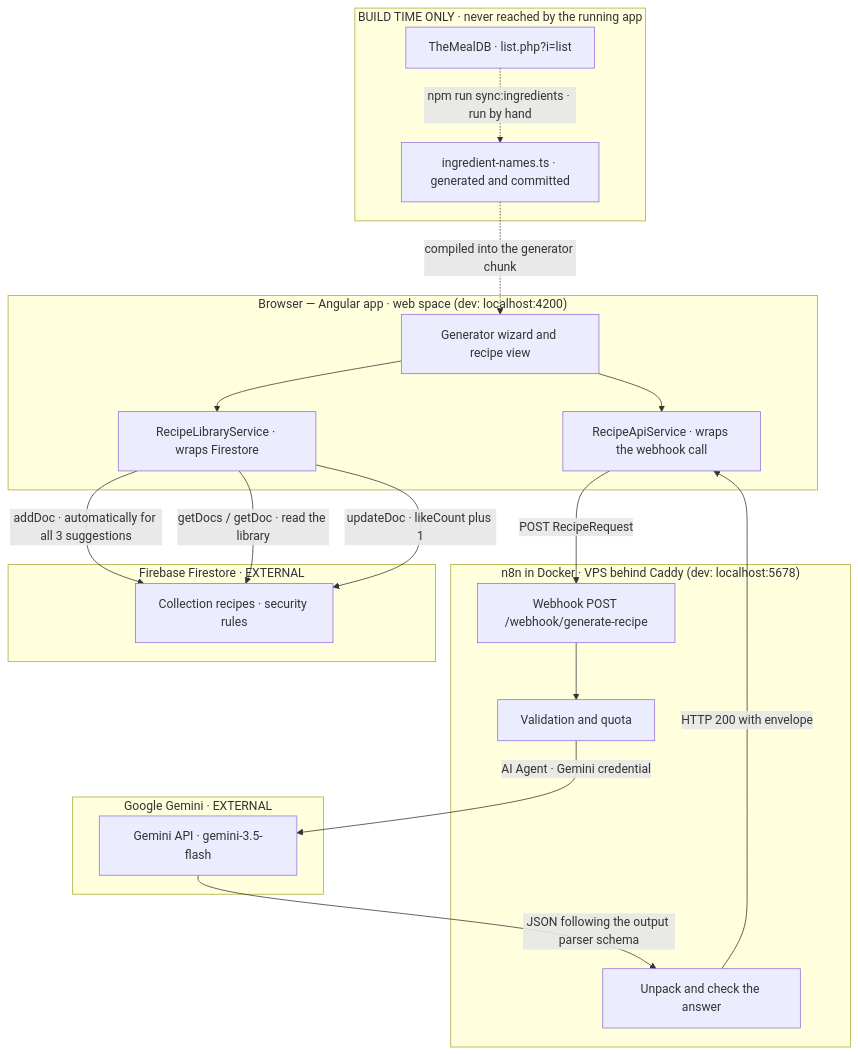
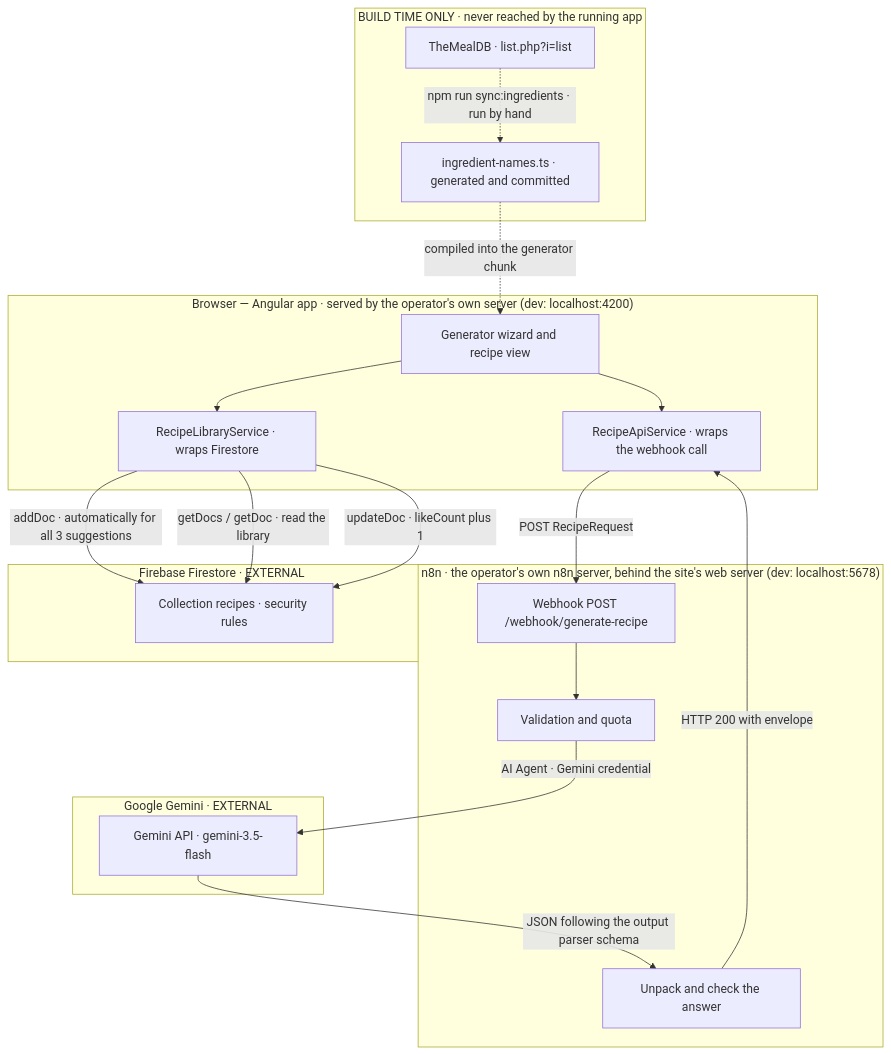
One commit to ttoebbe/code-a-cuisine changed the diagram in docs/architecture.md. Above: the diagram before and after it, drawn with Mermaid. The commit also changed other lines of this file and 11 other files, not shown here.

Commit message:
chore: serve site and webhook from own server

````diff
--- a/docs/architecture.md
+++ b/docs/architecture.md
@@ -10,43 +10,43 @@
 ```mermaid
 flowchart TB
-  subgraph browser["Browser — Angular app · web space (dev: localhost:4200)"]
+  subgraph browser["Browser — Angular app · served by the operator's own server (dev: localhost:4200)"]
     ui["Generator wizard and recipe view"]
     apiSvc["RecipeApiService · wraps the webhook call"]
     libSvc["RecipeLibraryService · wraps Firestore"]
   end
 
-  subgraph n8nbox["n8n in Docker · VPS behind Caddy (dev: localhost:5678)"]
+  subgraph n8nbox["n8n · the operator's own n8n server, behind the site's web server (dev: localhost:5678)"]
     hook["Webhook POST /webhook/generate-recipe"]
     guard["Validation and quota"]
     mapai["Unpack and check the answer"]
   end
 
   subgraph google["Google Gemini · EXTERNAL"]
     gemini["Gemini API · gemini-3.5-flash"]
   end
 
   subgraph firebase["Firebase Firestore · EXTERNAL"]
     store["Collection recipes · security rules"]
   end
 
   subgraph build["BUILD TIME ONLY · never reached by the running app"]
     mealdb["TheMealDB · list.php?i=list"]
     names["ingredient-names.ts · generated and committed"]
   end
 
   ui --> apiSvc
   ui --> libSvc
 
   apiSvc -- "POST RecipeRequest" --> hook
   hook --> guard
   guard -- "AI Agent · Gemini credential" --> gemini
   gemini -- "JSON following the output parser schema" --> mapai
   mapai -- "HTTP 200 with envelope" --> apiSvc
 
   libSvc -- "addDoc · automatically for all 3 suggestions" --> store
   libSvc -- "getDocs / getDoc · read the library" --> store
   libSvc -- "updateDoc · likeCount plus 1" --> store
 
   mealdb -. "npm run sync:ingredients · run by hand" .-> names
   names -. "compiled into the generator chunk" .-> ui
 ```
````
